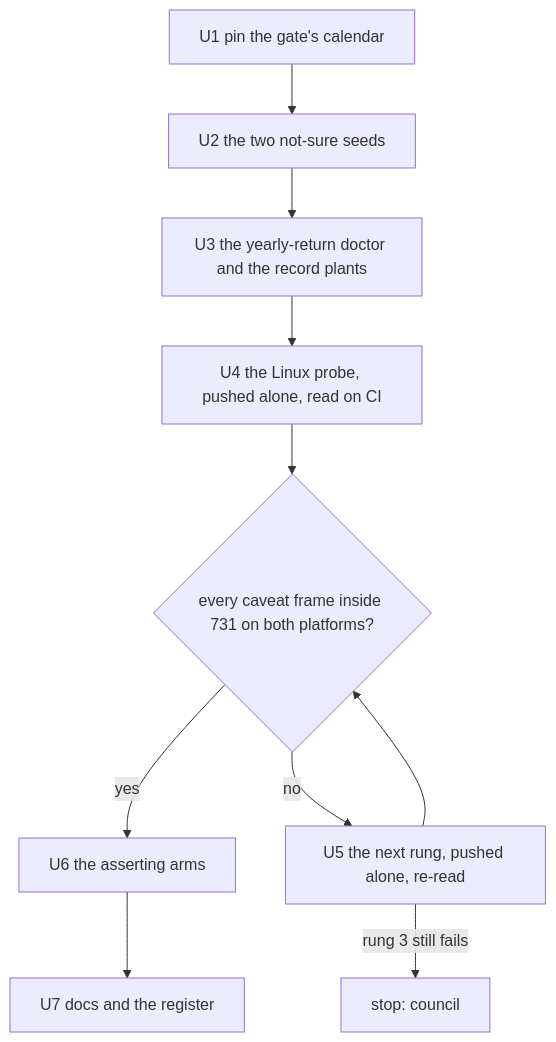
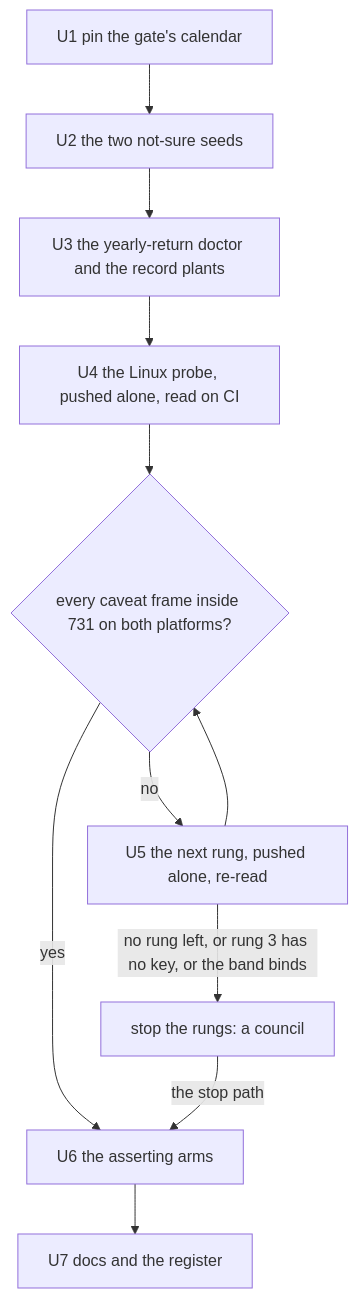
The diagram in projects/the-back-nine/docs/plans/features/one-frame-composites-build-spec.md (mbriggsy/ai-learning-journey), drawn with Mermaid before and after one commit. The commit also changed other lines of this file, not shown here.

````diff
--- a/projects/the-back-nine/docs/plans/features/one-frame-composites-build-spec.md
+++ b/projects/the-back-nine/docs/plans/features/one-frame-composites-build-spec.md
@@ -114,12 +121,13 @@
 ```mermaid
 flowchart TB
   U1[U1 pin the gate's calendar] --> U2[U2 the two not-sure seeds]
   U2 --> U3[U3 the yearly-return doctor and the record plants]
   U3 --> U4[U4 the Linux probe, pushed alone, read on CI]
   U4 --> D{every caveat frame inside 731 on both platforms?}
   D -->|yes| U6[U6 the asserting arms]
   D -->|no| U5[U5 the next rung, pushed alone, re-read]
   U5 --> D
-  U5 -->|rung 3 still fails| C[stop: council]
+  U5 -->|no rung left, or rung 3 has no key, or the band binds| C[stop the rungs: a council]
+  C -->|the stop path| U6
   U6 --> U7[U7 docs and the register]
 ```
````
